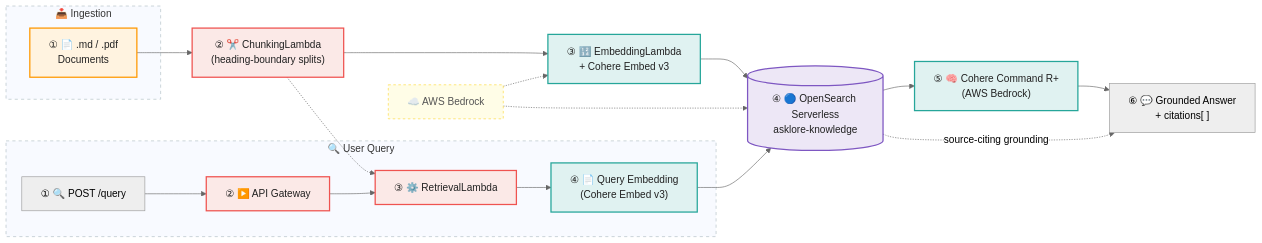
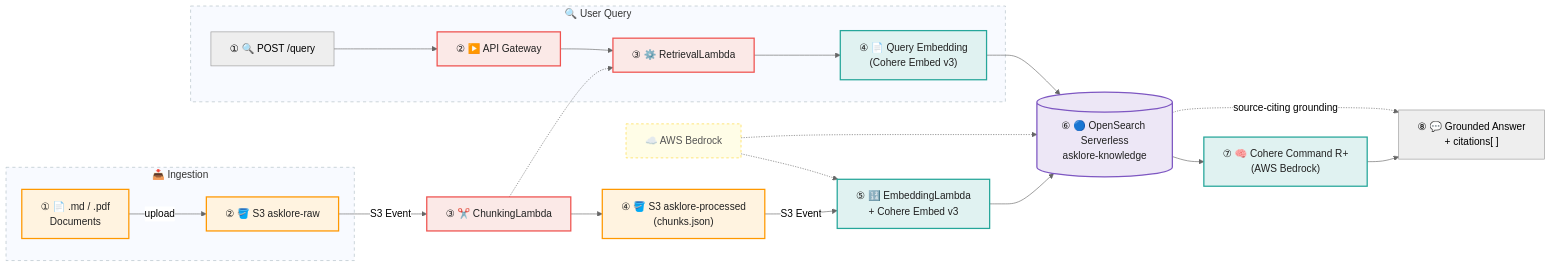
Before and after one commit to Sunilrana1978/AskLore: the diagram in README.md, drawn with Mermaid.

Commit message:
Show S3 buckets in ingestion pipeline steps
Add S3 asklore-raw (step ②) inside the Ingestion subgraph and
S3 asklore-processed (step ④) between ChunkingLambda and EmbeddingLambda.
S3 Event triggers shown as edge labels on both bucket→Lambda arrows.
Renumbered ingestion ①–⑧ to include the two storage steps.

````diff
--- a/README.md
+++ b/README.md
@@ -9,38 +9,42 @@
 ```mermaid
 %%{init: {'theme': 'neutral'}}%%
 graph LR
     classDef s3      fill:#FFF3E0,stroke:#FF9800,stroke-width:2px,color:#212121
     classDef lambda  fill:#FBE9E7,stroke:#EF5350,stroke-width:2px,color:#212121
     classDef bedrock fill:#E0F2F1,stroke:#26A69A,stroke-width:2px,color:#212121
     classDef os      fill:#EDE7F6,stroke:#7E57C2,stroke-width:2px,color:#212121
     classDef cloud   fill:#FFFDE7,stroke:#FDD835,stroke-width:1px,color:#555,stroke-dasharray:4 4
 
     subgraph ING["📥 Ingestion"]
         DOC["① 📄 .md / .pdf\nDocuments"]:::s3
+        RAW["② 🪣 S3 asklore-raw"]:::s3
+        DOC -->|upload| RAW
     end
 
     subgraph USQ["🔍 User Query"]
         SRCH["① 🔍 POST /query"]
         PLAY["② ▶️ API Gateway"]:::lambda
         GEAR["③ ⚙️ RetrievalLambda"]:::lambda
         RESDOC["④ 📄 Query Embedding\n(Cohere Embed v3)"]:::bedrock
     end
 
-    CHUNK["② ✂️ ChunkingLambda\n(heading-boundary splits)"]:::lambda
-    EMBED["③ 🔢 EmbeddingLambda\n+ Cohere Embed v3"]:::bedrock
+    CHUNK["③ ✂️ ChunkingLambda"]:::lambda
+    PROC["④ 🪣 S3 asklore-processed\n(chunks.json)"]:::s3
+    EMBED["⑤ 🔢 EmbeddingLambda\n+ Cohere Embed v3"]:::bedrock
     CLOUD["☁️ AWS Bedrock"]:::cloud
-    VECTOR[("④ 🔵 OpenSearch Serverless\nasklore-knowledge")]:::os
-    LLM["⑤ 🧠 Cohere Command R+\n(AWS Bedrock)"]:::bedrock
-    FINAL["⑥ 💬 Grounded Answer\n+ citations[ ]"]
+    VECTOR[("⑥ 🔵 OpenSearch Serverless\nasklore-knowledge")]:::os
+    LLM["⑦ 🧠 Cohere Command R+\n(AWS Bedrock)"]:::bedrock
+    FINAL["⑧ 💬 Grounded Answer\n+ citations[ ]"]
 
-    DOC  --> CHUNK --> EMBED --> VECTOR
-    SRCH --> PLAY  --> GEAR  --> RESDOC --> VECTOR
+    RAW  -->|S3 Event| CHUNK --> PROC
+    PROC -->|S3 Event| EMBED --> VECTOR
+    SRCH --> PLAY --> GEAR --> RESDOC --> VECTOR
     CHUNK -.-> GEAR
     CLOUD -.-> EMBED
     CLOUD -.-> VECTOR
     VECTOR --> LLM --> FINAL
     VECTOR -.->|source-citing grounding| FINAL
 
     style ING fill:#F8FAFF,stroke:#B0BEC5,stroke-width:1px,stroke-dasharray:5 5
     style USQ fill:#F8FAFF,stroke:#B0BEC5,stroke-width:1px,stroke-dasharray:5 5
 ```
````
